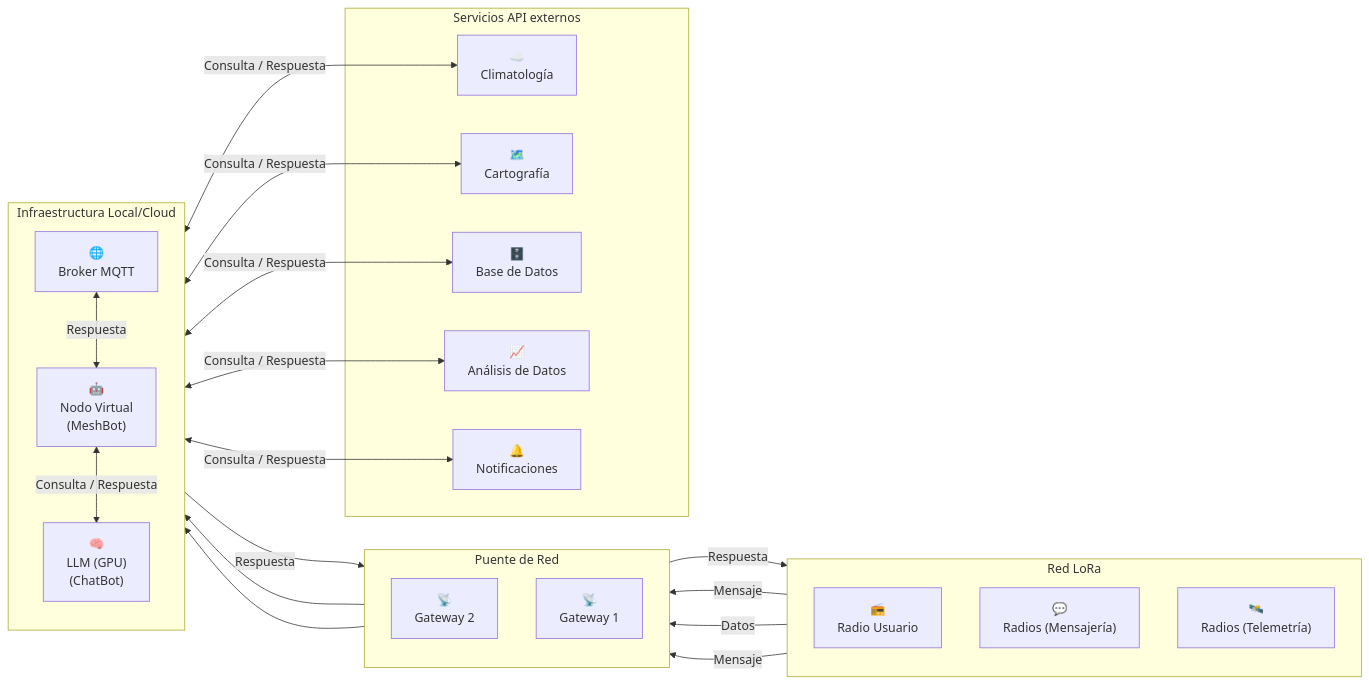
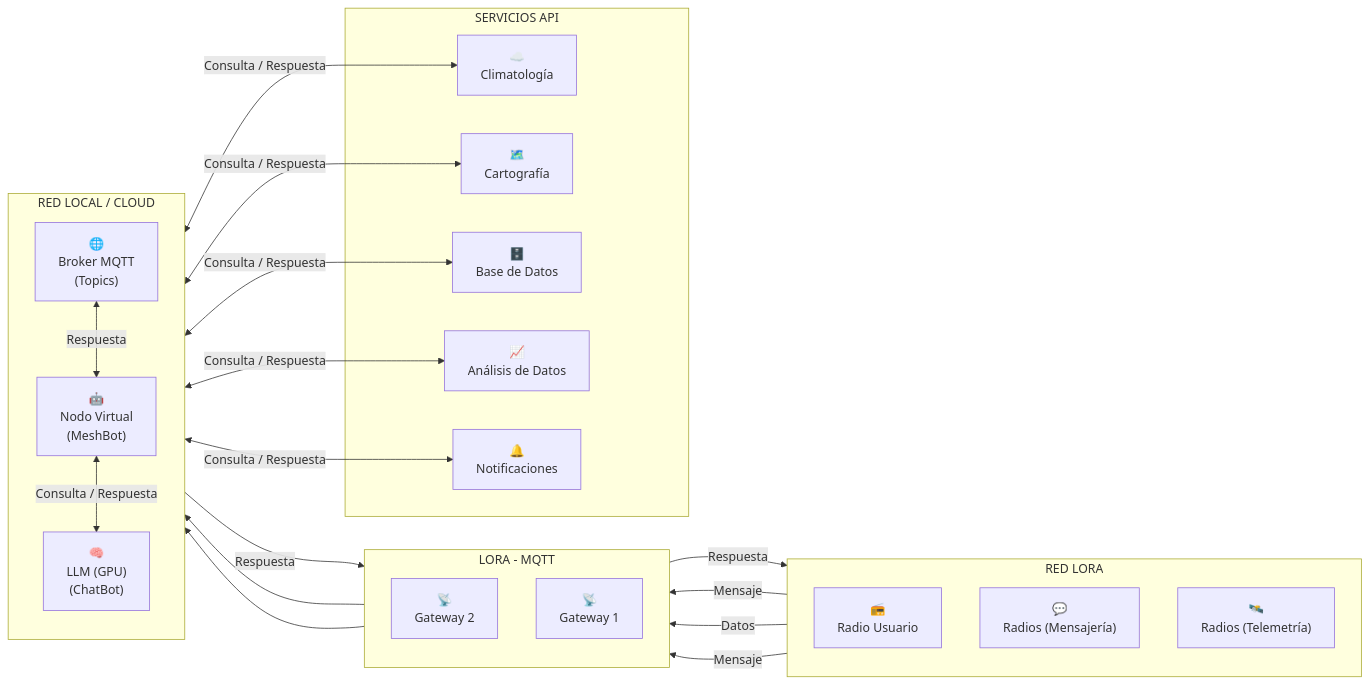
Before and after one commit to lhupyn/meshbot: the diagram in README.md, drawn with Mermaid.

````diff
--- a/README.md
+++ b/README.md
@@ -5,49 +5,49 @@
 ```mermaid
 flowchart LR
-    subgraph Red LoRa
+    subgraph RED LORA
         direction TB
         RU["📻<br>Radio Usuario"]
         RM["💬<br>Radios (Mensajería)"]
         RT["🛰️<br>Radios (Telemetría)"]
     end
 
-    subgraph Puente de Red
+    subgraph LORA - MQTT
         direction TB
         G2["📡<br>Gateway 2"]
         G1["📡<br>Gateway 1"]
     end
 
-    subgraph Infraestructura Local/Cloud
+    subgraph RED LOCAL / CLOUD
         direction TB
         MB["🤖<br>Nodo Virtual<br>(MeshBot)"]
-        M["🌐<br>Broker MQTT"]
+        M["🌐<br>Broker MQTT<br>(Topics)"]
         IA["🧠<br>LLM (GPU)<br>(ChatBot)"]
     end
 
-    subgraph Servicios API externos
+    subgraph SERVICIOS API
         CLI["☁️<br>Climatología"]
         GEO["🗺️<br>Cartografía"]
         BD["🗄️<br>Base de Datos"]
         AD["📈<br>Análisis de Datos"]
         N["🔔<br>Notificaciones"]
     end
 
     %% Flujo de Entrada
     RM -- "Mensaje" --> G2
     RT -- "Datos" --> G2
     RU -- "Mensaje" --> G1
     G1 --> M
     G2 --> M
     %% Flujo Interno y Procesamiento
     M <-->|Respuesta| MB
     MB <-->|Consulta / Respuesta| IA
     %% Flujo Externo y Datos
     IA <-->|Consulta / Respuesta| CLI
     IA <-->|Consulta / Respuesta| GEO
     IA <-->|Consulta / Respuesta| BD
     IA <-->|Consulta / Respuesta| AD
     IA <-->|Consulta / Respuesta| N
     %% Flujo de Salida
     M -- "Respuesta" --> G1
     G1 -- "Respuesta" --> RU
 ```
````
